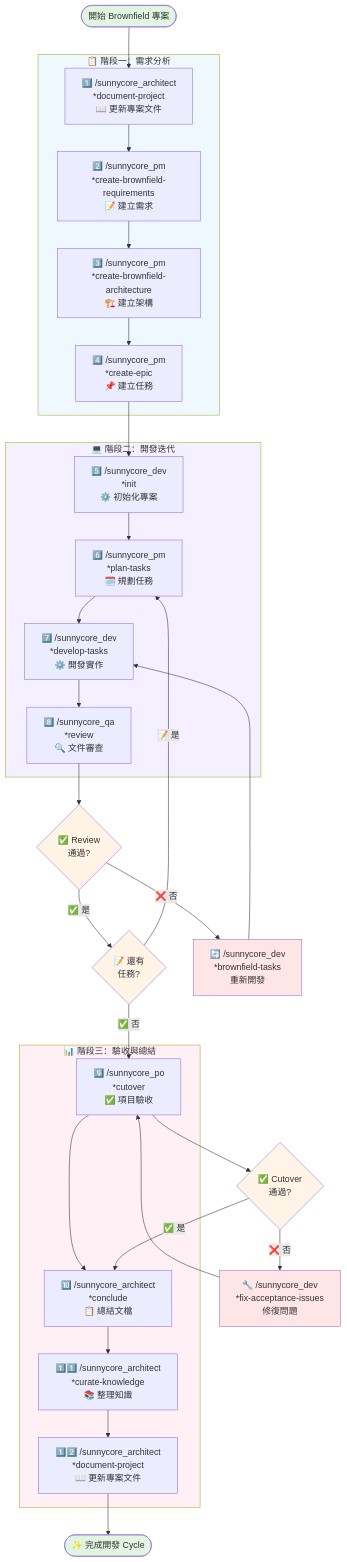
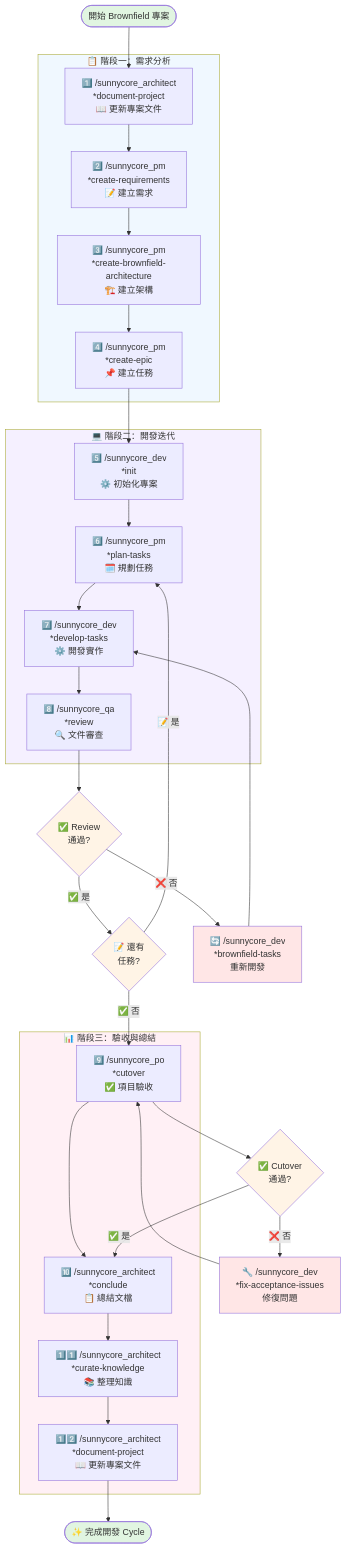
One commit to Yamiyorunoshura/sunnycore changed the third of 3 diagrams in claude code/README.md. Above: the diagram before and after it, drawn with Mermaid. The commit also changed other lines of this file and 73 other files, not shown here.

````diff
--- a/claude code/README.md
+++ b/claude code/README.md
@@ -289,61 +289,61 @@
 ```mermaid
 flowchart TD
     Start([開始 Brownfield 專案]) --> A0
     
     subgraph Phase1 ["📋 階段一：需求分析"]
         A0["1️⃣ /sunnycore_architect<br/>*document-project<br/>📖 更新專案文件"]
-        A1["2️⃣ /sunnycore_pm<br/>*create-brownfield-requirements<br/>📝 建立需求"]
+        A1["2️⃣ /sunnycore_pm<br/>*create-requirements<br/>📝 建立需求"]
         A2["3️⃣ /sunnycore_pm<br/>*create-brownfield-architecture<br/>🏗️ 建立架構"]
         A3["4️⃣ /sunnycore_pm<br/>*create-epic<br/>📌 建立任務"]
         A0 --> A1 --> A2 --> A3
     end
     
     subgraph Phase2 ["💻 階段二：開發迭代"]
         B0["5️⃣ /sunnycore_dev<br/>*init<br/>⚙️ 初始化專案"]
         B1["6️⃣ /sunnycore_pm<br/>*plan-tasks<br/>🗓️ 規劃任務"]
         B2["7️⃣ /sunnycore_dev<br/>*develop-tasks<br/>⚙️ 開發實作"]
         B3["8️⃣ /sunnycore_qa<br/>*review<br/>🔍 文件審查"]
         B0 --> B1 --> B2 --> B3
     end
     
     D1{"✅ Review<br/>通過?"}
     D2{"📝 還有<br/>任務?"}
     R1["🔄 /sunnycore_dev<br/>*brownfield-tasks<br/>重新開發"]
     
     subgraph Phase3 ["📊 階段三：驗收與總結"]
         C0["9️⃣ /sunnycore_po<br/>*cutover<br/>✅ 項目驗收"]
         C1["🔟 /sunnycore_architect<br/>*conclude<br/>📋 總結文檔"]
         C2["1️⃣1️⃣ /sunnycore_architect<br/>*curate-knowledge<br/>📚 整理知識"]
         C3["1️⃣2️⃣ /sunnycore_architect<br/>*document-project<br/>📖 更新專案文件"]
         C0 --> C1 --> C2 --> C3
     end
     
     D3{"✅ Cutover<br/>通過?"}
     R2["🔧 /sunnycore_dev<br/>*fix-acceptance-issues<br/>修復問題"]
     
     Done([✨ 完成開發 Cycle])
     
     A3 --> B0
     B3 --> D1
     D1 -->|"❌ 否"| R1
     R1 --> B2
     D1 -->|"✅ 是"| D2
     D2 -->|"📝 是"| B1
     D2 -->|"✅ 否"| C0
     C0 --> D3
     D3 -->|"❌ 否"| R2
     R2 --> C0
     D3 -->|"✅ 是"| C1
     C3 --> Done
     
     style Start fill:#e1f5e1
     style Done fill:#e1f5e1
     style D1 fill:#fff4e6
     style D2 fill:#fff4e6
     style D3 fill:#fff4e6
     style R1 fill:#ffe6e6
     style R2 fill:#ffe6e6
     style Phase1 fill:#f0f8ff
     style Phase2 fill:#f5f0ff
     style Phase3 fill:#fff0f5
 ```
````
